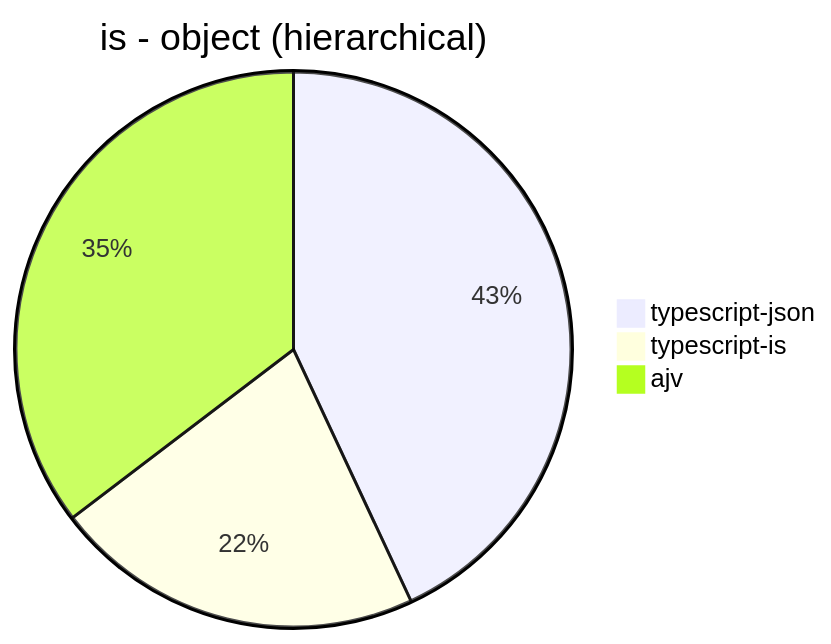
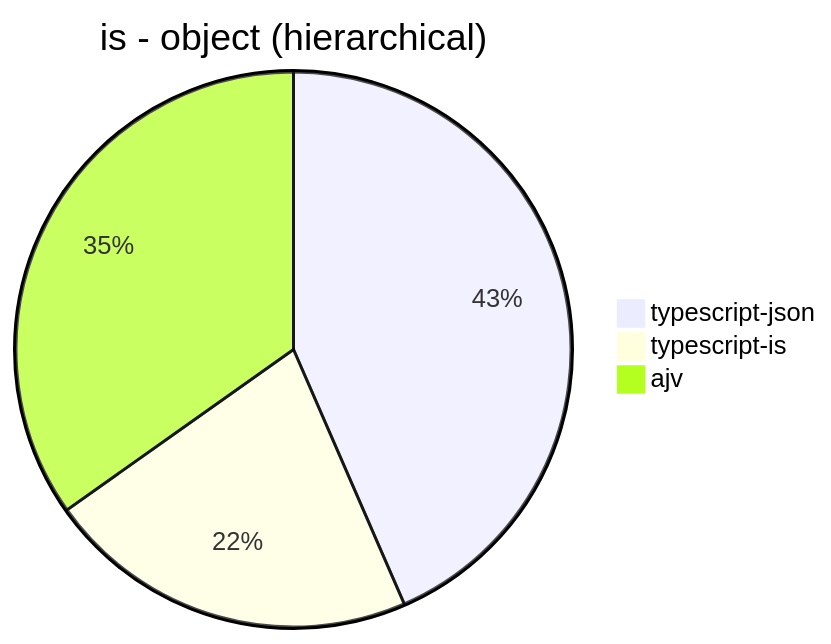
The seventh of 30 diagrams in benchmark/results/AMD Ryzen 7 5800H with Radeon Graphics         .md (samchon/typia), drawn with Mermaid before and after one commit. The commit also changed other lines of this file, not shown here.

````diff
--- a/benchmark/results/AMD Ryzen 7 5800H with Radeon Graphics         .md
+++ b/benchmark/results/AMD Ryzen 7 5800H with Radeon Graphics         .md
@@ -76,6 +76,6 @@
 ```mermaid
 pie title is - object (hierarchical)
-  "typescript-json": 105784.54920236602
-  "typescript-is": 53072.89336316182
-  "ajv": 86893.56746102848
+  "typescript-json": 103209.95912300261
+  "typescript-is": 51586.55089599113
+  "ajv": 82642.83121597096
 ```
````
